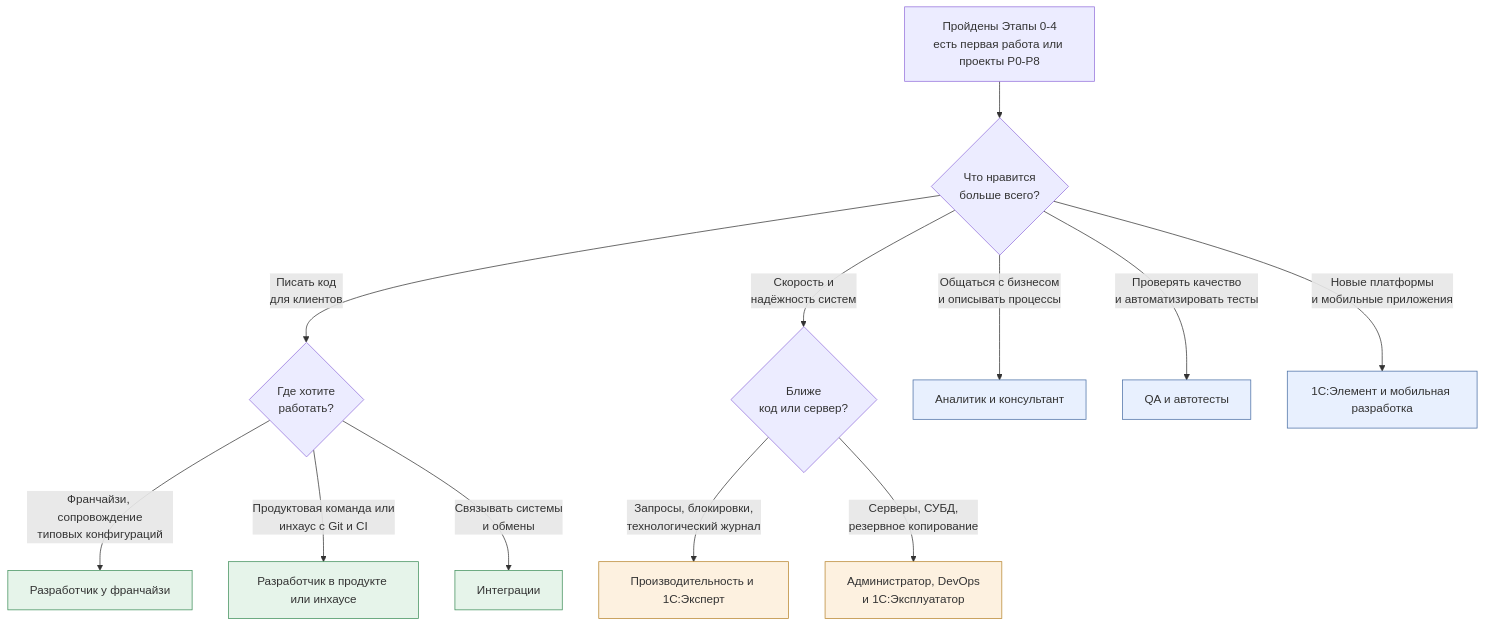
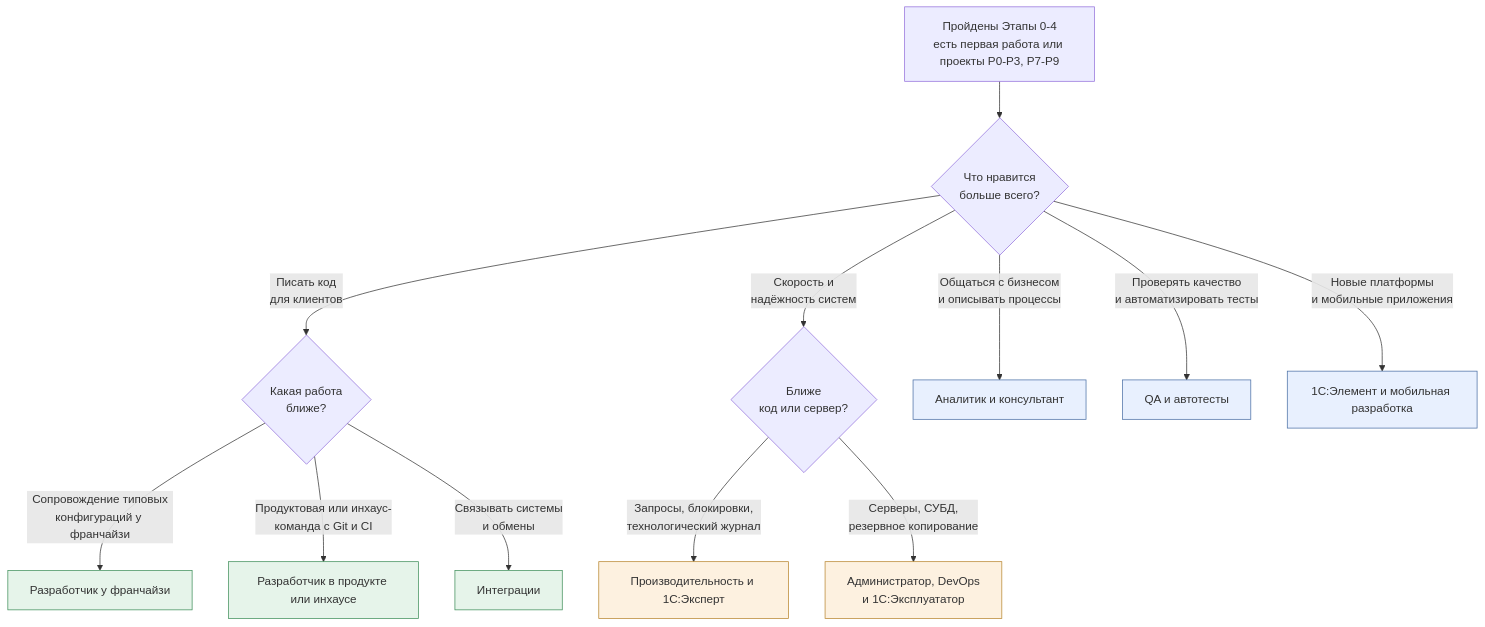
One commit to Kelll31/1C-Roadmap changed the diagram in tracks/README.md. Above: the diagram before and after it, drawn with Mermaid. The commit also changed other lines of this file and 27 other files, not shown here.

First line of the commit message:
docs: update and expand the 1C roadmap to the state of Sept 2026

````diff
--- a/tracks/README.md
+++ b/tracks/README.md
@@ -18,22 +18,22 @@
 ```mermaid
 flowchart TD
-    A["Пройдены Этапы 0-4<br/>есть первая работа или проекты P0-P8"] --> B{"Что нравится<br/>больше всего?"}
-    B -->|"Писать код<br/>для клиентов"| C{"Где хотите<br/>работать?"}
+    A["Пройдены Этапы 0-4<br/>есть первая работа или проекты P0-P3, P7-P9"] --> B{"Что нравится<br/>больше всего?"}
+    B -->|"Писать код<br/>для клиентов"| C{"Какая работа<br/>ближе?"}
     B -->|"Скорость и<br/>надёжность систем"| D{"Ближе<br/>код или сервер?"}
     B -->|"Общаться с бизнесом<br/>и описывать процессы"| E["Аналитик и консультант"]
     B -->|"Проверять качество<br/>и автоматизировать тесты"| F["QA и автотесты"]
     B -->|"Новые платформы<br/>и мобильные приложения"| G["1С:Элемент и мобильная разработка"]
-    C -->|"Франчайзи, сопровождение<br/>типовых конфигураций"| H["Разработчик у франчайзи"]
-    C -->|"Продуктовая команда или<br/>инхаус с Git и CI"| I["Разработчик в продукте или инхаусе"]
+    C -->|"Сопровождение типовых<br/>конфигураций у франчайзи"| H["Разработчик у франчайзи"]
+    C -->|"Продуктовая или инхаус-<br/>команда с Git и CI"| I["Разработчик в продукте или инхаусе"]
     C -->|"Связывать системы<br/>и обмены"| J["Интеграции"]
     D -->|"Запросы, блокировки,<br/>технологический журнал"| K["Производительность и 1С:Эксперт"]
     D -->|"Серверы, СУБД,<br/>резервное копирование"| L["Администратор, DevOps<br/>и 1С:Эксплуататор"]
     style E fill:#e8f0fe,stroke:#4a6fa5
     style F fill:#e8f0fe,stroke:#4a6fa5
     style G fill:#e8f0fe,stroke:#4a6fa5
     style H fill:#e6f4ea,stroke:#3f8f5a
     style I fill:#e6f4ea,stroke:#3f8f5a
     style J fill:#e6f4ea,stroke:#3f8f5a
     style K fill:#fdf1e0,stroke:#b8862f
     style L fill:#fdf1e0,stroke:#b8862f
 ```
````
